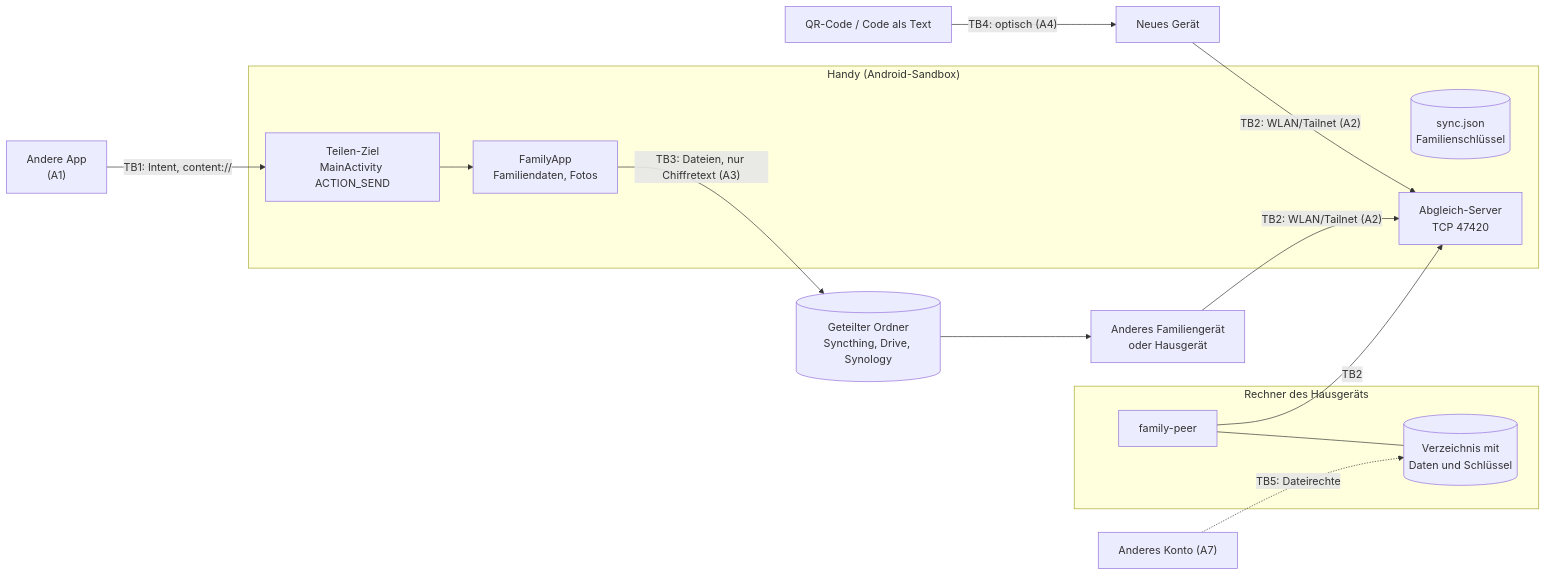
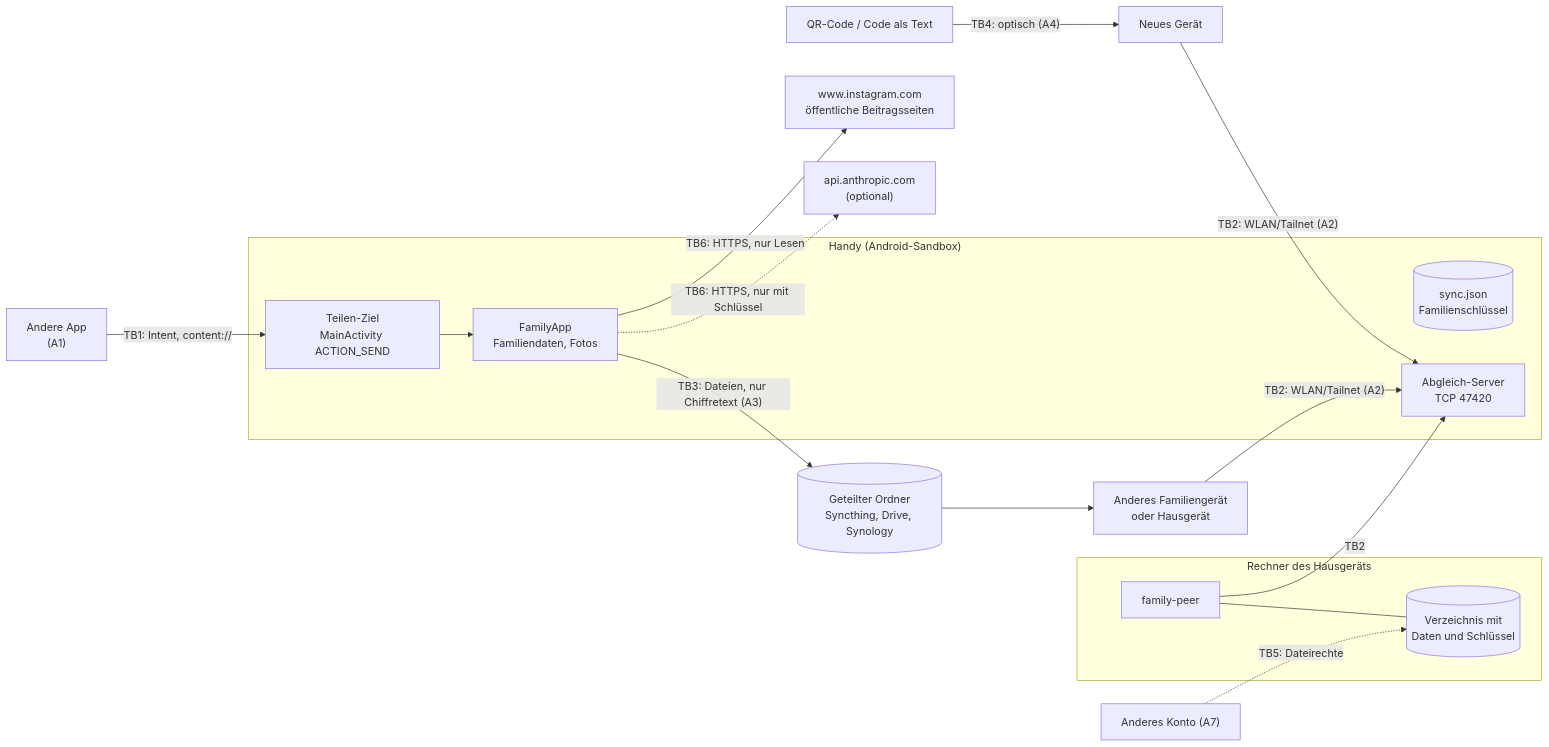
The diagram in docs/qualitaet/bedrohungsmodell.md (RespawnedGuy/familyapp), drawn with Mermaid before and after one commit. The commit also changed other lines of this file and 24 other files, not shown here.

First line of the commit message:
Fetch Instagram captions on the phone, optional Claude for recipes

````diff
--- a/docs/qualitaet/bedrohungsmodell.md
+++ b/docs/qualitaet/bedrohungsmodell.md
@@ -34,23 +34,25 @@
 ```mermaid
 flowchart LR
   subgraph Handy["Handy (Android-Sandbox)"]
     Share["Teilen-Ziel<br/>MainActivity ACTION_SEND"]
     App["FamilyApp<br/>Familiendaten, Fotos"]
     Key[("sync.json<br/>Familienschlüssel")]
     Server["Abgleich-Server<br/>TCP 47420"]
   end
   OtherApp["Andere App<br/>(A1)"] -- "TB1: Intent, content://" --> Share
+  App -- "TB6: HTTPS, nur Lesen" --> Insta["www.instagram.com<br/>öffentliche Beitragsseiten"]
+  App -. "TB6: HTTPS, nur mit Schlüssel" .-> Claude["api.anthropic.com<br/>(optional)"]
   Share --> App
   Screen["QR-Code / Code als Text"] -- "TB4: optisch (A4)" --> NewPhone["Neues Gerät"]
   NewPhone -- "TB2: WLAN/Tailnet (A2)" --> Server
   Peer["Anderes Familiengerät<br/>oder Hausgerät"] -- "TB2: WLAN/Tailnet (A2)" --> Server
   App -- "TB3: Dateien, nur Chiffretext (A3)" --> Folder[("Geteilter Ordner<br/>Syncthing, Drive, Synology")]
   Folder --> Peer
   subgraph Rechner["Rechner des Hausgeräts"]
     House["family-peer"]
     HouseFiles[("Verzeichnis mit<br/>Daten und Schlüssel")]
   end
   House --- HouseFiles
   OtherUser["Anderes Konto (A7)"] -. "TB5: Dateirechte" .-> HouseFiles
   House -- "TB2" --> Server
 ```
````
